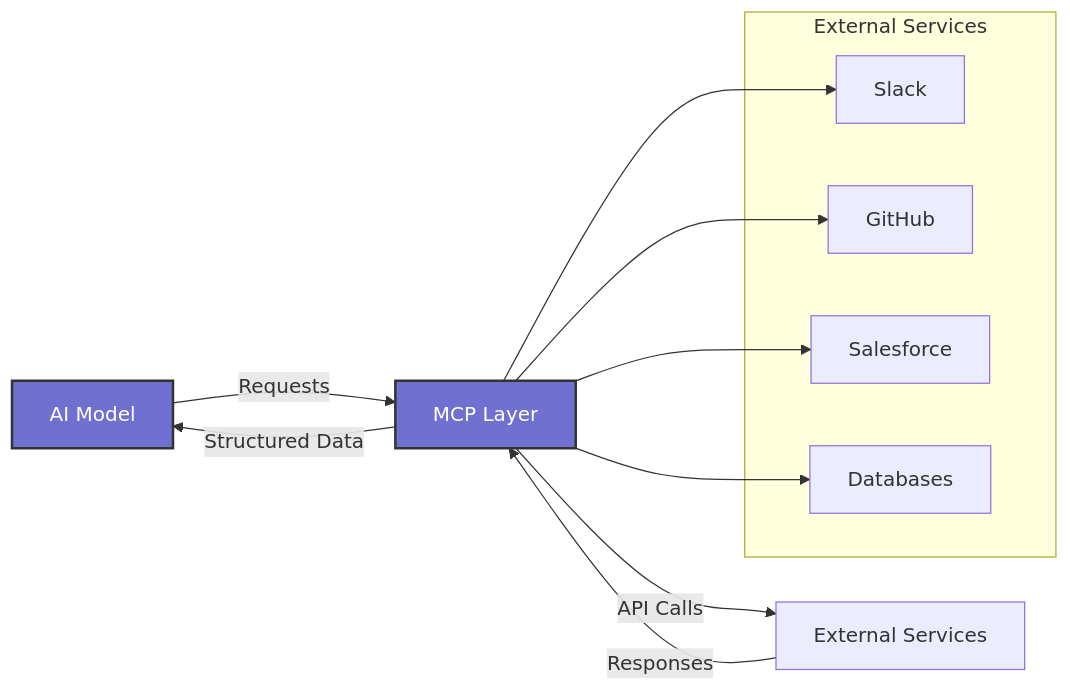
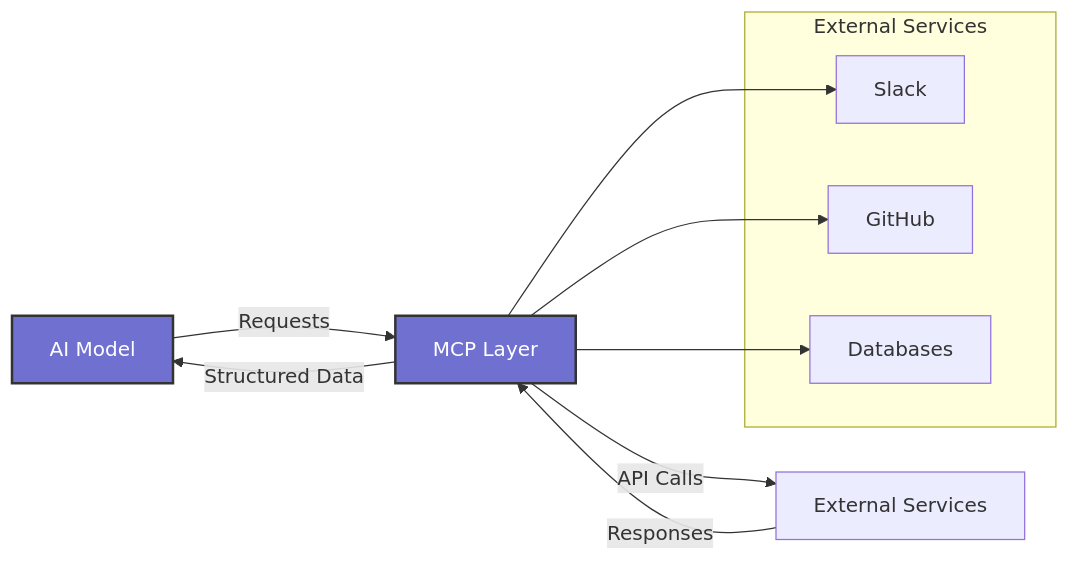
Before and after one commit to DamienBench/a2a-mcp-webhook-workshop: the third of 3 diagrams in README.md, drawn with Mermaid. The commit also changed other lines of this file and 58 other files, not shown here.

````diff
--- a/README.md
+++ b/README.md
@@ -92,23 +100,21 @@
 ```mermaid
 graph LR
     AI[AI Model] -->|Requests| MCP[MCP Layer]
     MCP -->|API Calls| Services[External Services]
     Services -->|Responses| MCP
     MCP -->|Structured Data| AI
     
     subgraph "External Services"
         Slack[Slack]
         GitHub[GitHub]
-        Salesforce[Salesforce]
         Database[Databases]
     end
     
     MCP --> Slack
     MCP --> GitHub
-    MCP --> Salesforce
     MCP --> Database
     
     class AI,MCP connector;
     
     classDef connector fill:#7070d0,stroke:#333,stroke-width:2px,color:#fff;
 ```
````
